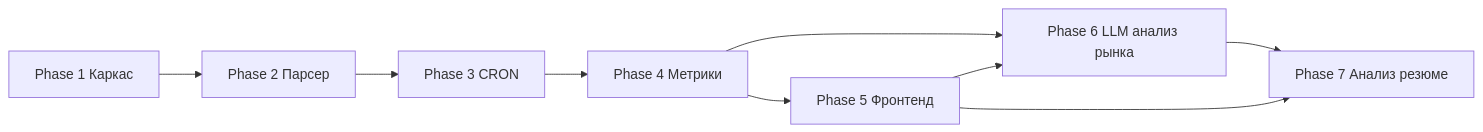
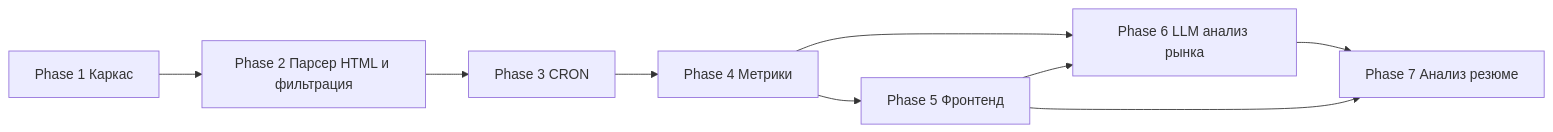
The diagram in docs/07-roadmap.md (kemberl1/hh_analyser), drawn with Mermaid before and after one commit. The commit also changed other lines of this file and 7 other files, not shown here.

````diff
--- a/docs/07-roadmap.md
+++ b/docs/07-roadmap.md
@@ -10,11 +10,11 @@
 ```mermaid
 flowchart LR
-    P1[Phase 1 Каркас] --> P2[Phase 2 Парсер]
+    P1[Phase 1 Каркас] --> P2[Phase 2 Парсер HTML и фильтрация]
     P2 --> P3[Phase 3 CRON]
     P3 --> P4[Phase 4 Метрики]
     P4 --> P5[Phase 5 Фронтенд]
     P4 --> P6[Phase 6 LLM анализ рынка]
     P5 --> P6
     P6 --> P7[Phase 7 Анализ резюме]
     P5 --> P7
 ```
````
